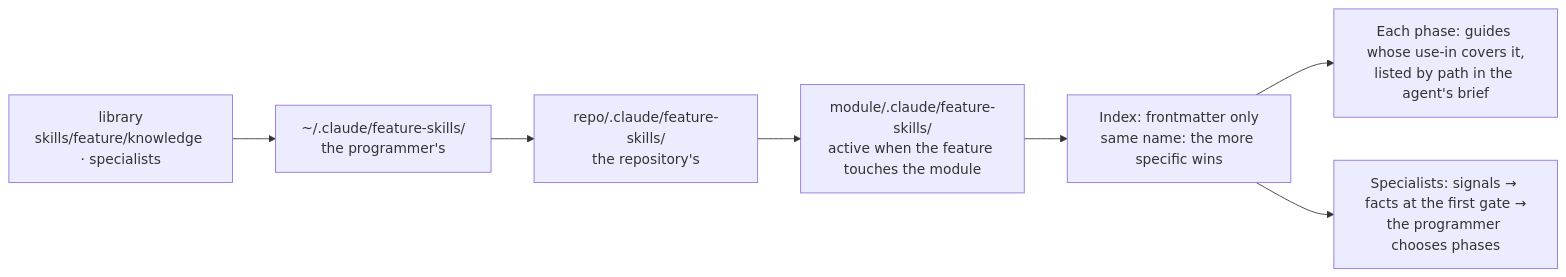
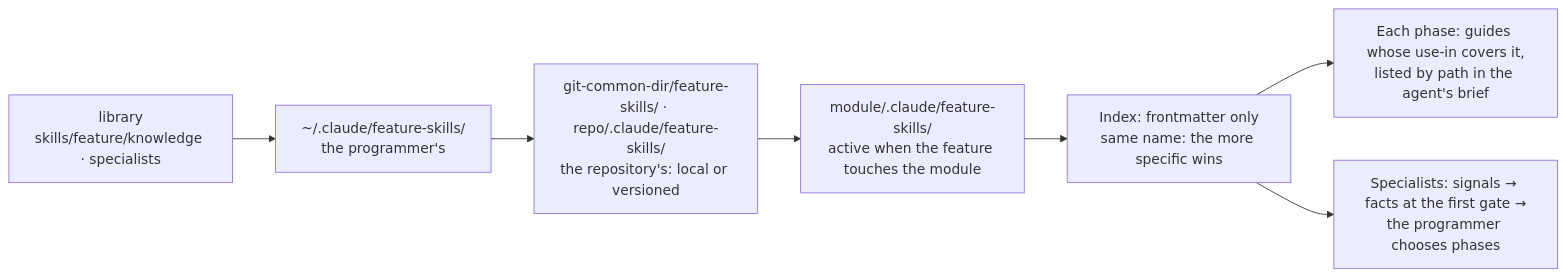
The sixth of 12 diagrams in docs/architecture.md (mariopedemonte12/claude-feature-workflow), drawn with Mermaid before and after one commit. The commit also changed other lines of this file and 14 other files, not shown here.

````diff
--- a/docs/architecture.md
+++ b/docs/architecture.md
@@ -220,7 +222,7 @@
 ```mermaid
 flowchart LR
-    L1["library<br/>skills/feature/knowledge · specialists"] --> L2["~/.claude/feature-skills/<br/>the programmer's"] --> L3["repo/.claude/feature-skills/<br/>the repository's"] --> L4["module/.claude/feature-skills/<br/>active when the feature touches the module"]
+    L1["library<br/>skills/feature/knowledge · specialists"] --> L2["~/.claude/feature-skills/<br/>the programmer's"] --> L3["git-common-dir/feature-skills/ · repo/.claude/feature-skills/<br/>the repository's: local or versioned"] --> L4["module/.claude/feature-skills/<br/>active when the feature touches the module"]
     L4 --> IX["Index: frontmatter only<br/>same name: the more specific wins"]
     IX --> PH["Each phase: guides whose use-in covers it,<br/>listed by path in the agent's brief"]
     IX --> SP["Specialists: signals → facts at the first gate →<br/>the programmer chooses phases"]
 ```
````
